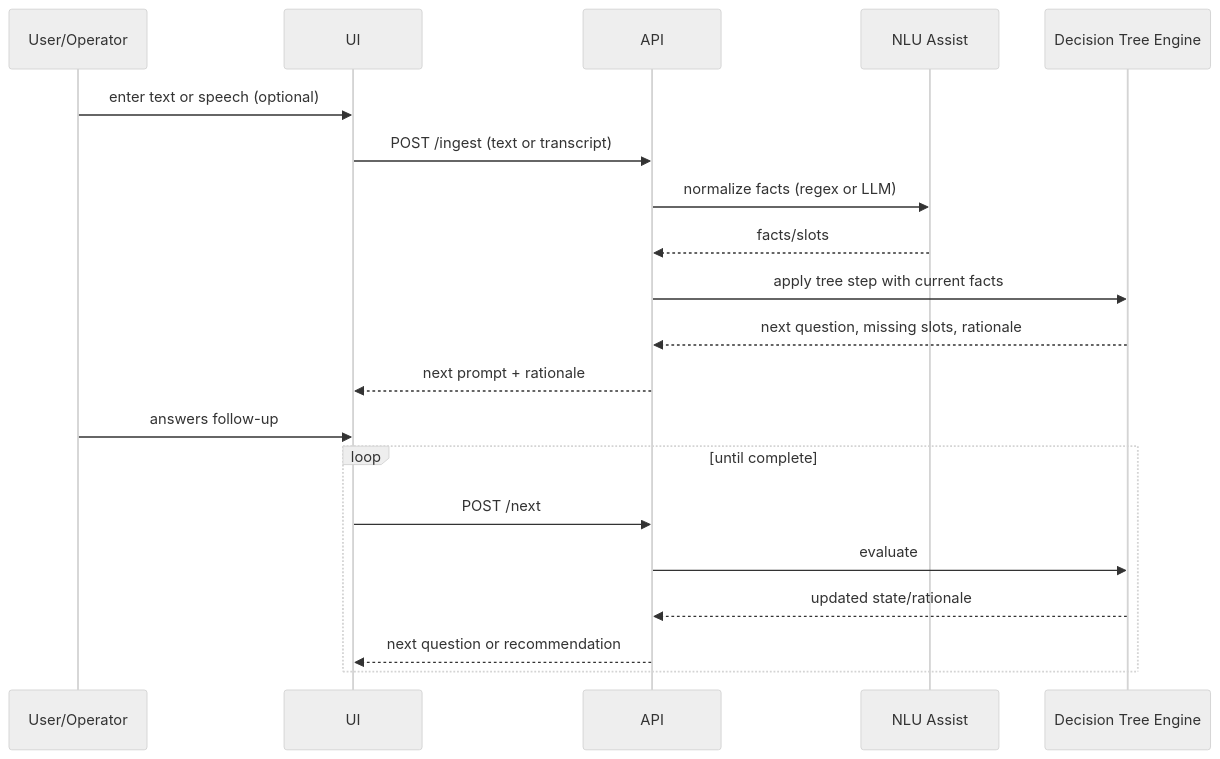
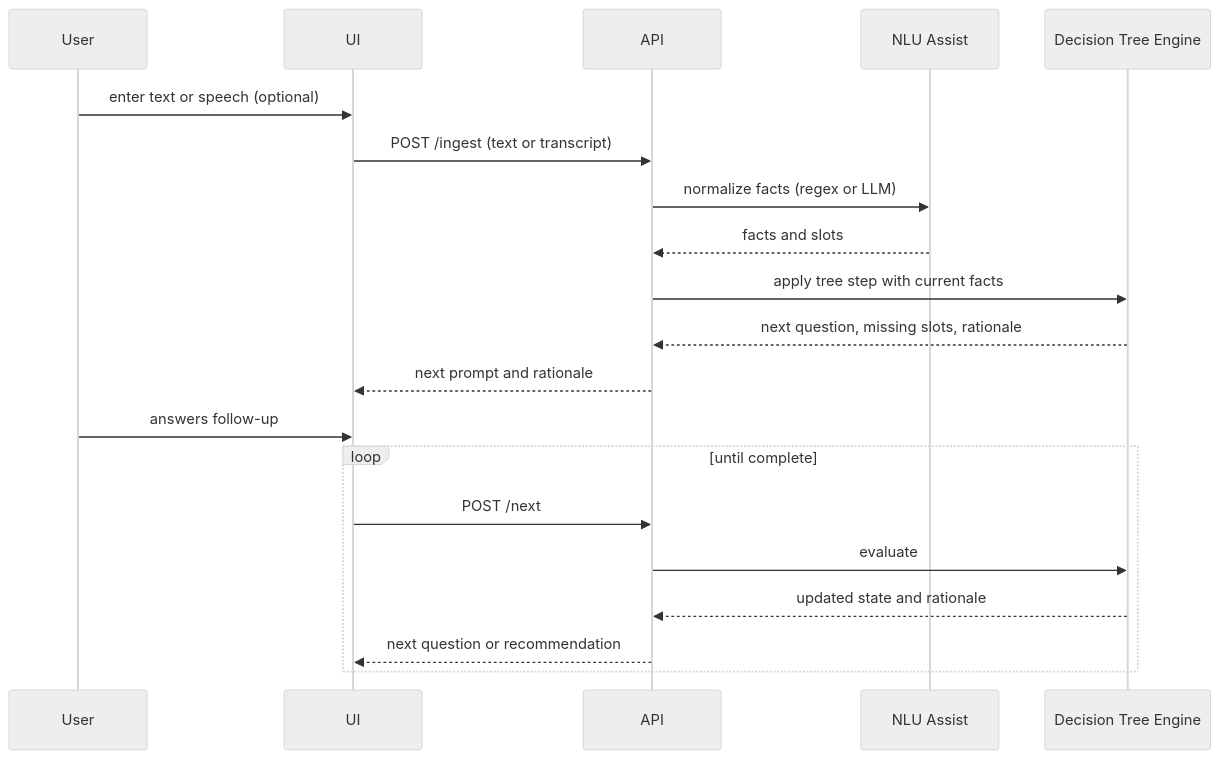
Before and after one commit to reshmi-chandran/decision-tree: the second of 2 diagrams in ARCHITECTURE.md, drawn with Mermaid (neutral theme). The commit also changed other lines of this file, not shown here.

Commit message:
Update architecture documentation to improve clarity. Simplified labels in flowcharts and sequence diagrams, ensuring consistent terminology for components and interactions.

````diff
--- a/ARCHITECTURE.md
+++ b/ARCHITECTURE.md
@@ -32,22 +32,22 @@
 ```mermaid
 sequenceDiagram
-  participant U as User/Operator
+  participant U as User
   participant UI as UI
   participant API as API
   participant NLU as NLU Assist
   participant DT as Decision Tree Engine
   U->>UI: enter text or speech (optional)
   UI->>API: POST /ingest (text or transcript)
   API->>NLU: normalize facts (regex or LLM)
-  NLU-->>API: facts/slots
+  NLU-->>API: facts and slots
   API->>DT: apply tree step with current facts
   DT-->>API: next question, missing slots, rationale
-  API-->>UI: next prompt + rationale
+  API-->>UI: next prompt and rationale
   U->>UI: answers follow-up
   loop until complete
     UI->>API: POST /next
     API->>DT: evaluate
-    DT-->>API: updated state/rationale
+    DT-->>API: updated state and rationale
     API-->>UI: next question or recommendation
   end
 ```
````
